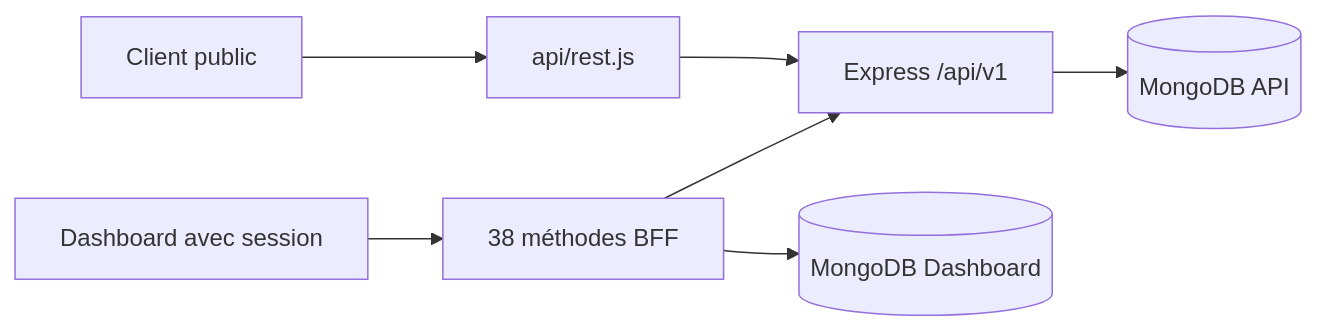
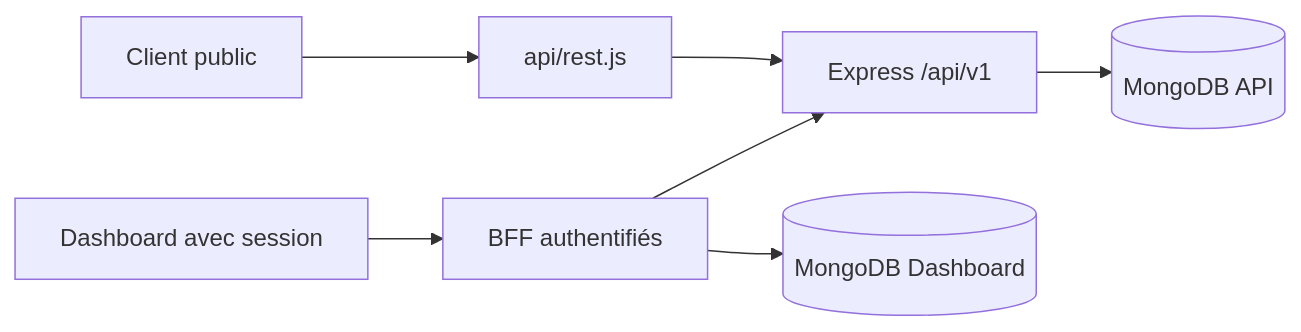
The diagram in docs/Tome 1 — Foundation (Fondations)/DOC-012-api-overview.md (Matthieu-Vachet/dashboard_Admin), drawn with Mermaid before and after one commit. The commit also changed other lines of this file and 77 other files, not shown here.

````diff
--- a/docs/Tome 1 — Foundation (Fondations)/DOC-012-api-overview.md
+++ b/docs/Tome 1 — Foundation (Fondations)/DOC-012-api-overview.md
@@ -73,9 +73,9 @@
 ```mermaid
 flowchart LR
   CLIENT["Client public"] --> REST["api/rest.js"]
   REST --> EXPRESS["Express /api/v1"]
   EXPRESS --> DB[("MongoDB API")]
-  ADMIN["Dashboard avec session"] --> BFF["38 méthodes BFF"]
+  ADMIN["Dashboard avec session"] --> BFF["BFF authentifiés"]
   BFF --> EXPRESS
   BFF --> DDB[("MongoDB Dashboard")]
 ```
````
